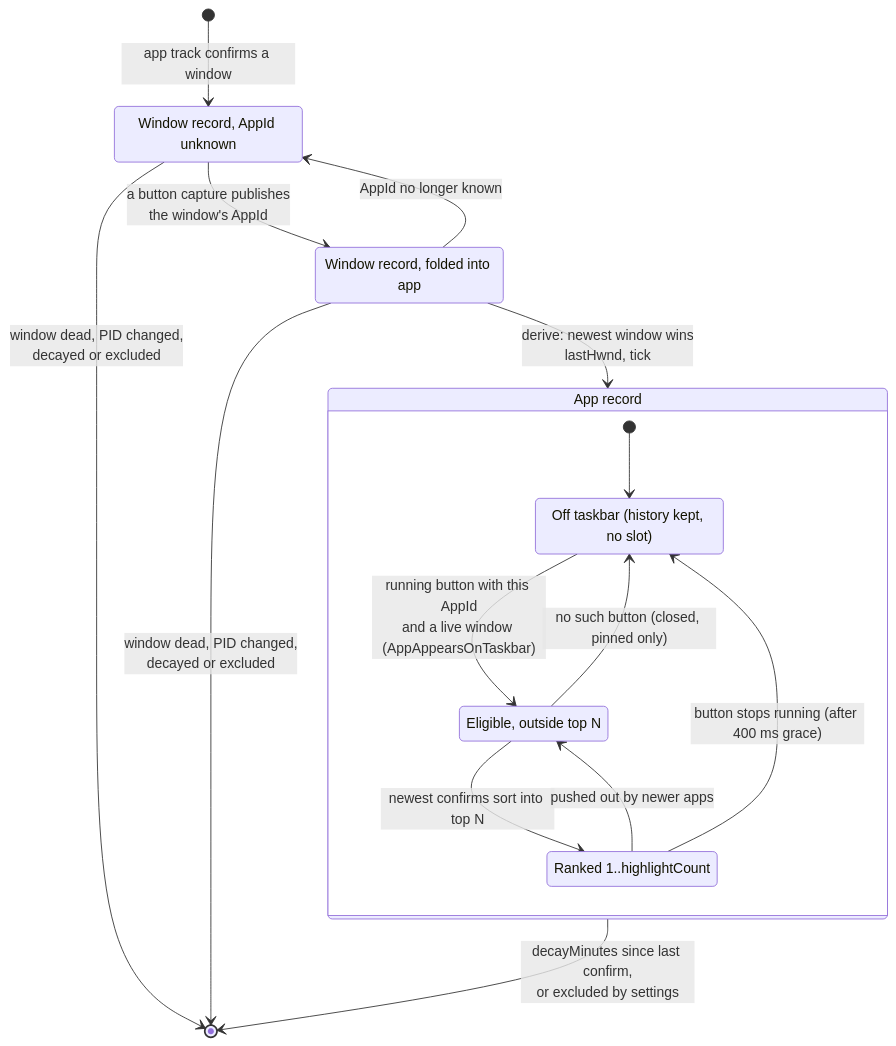
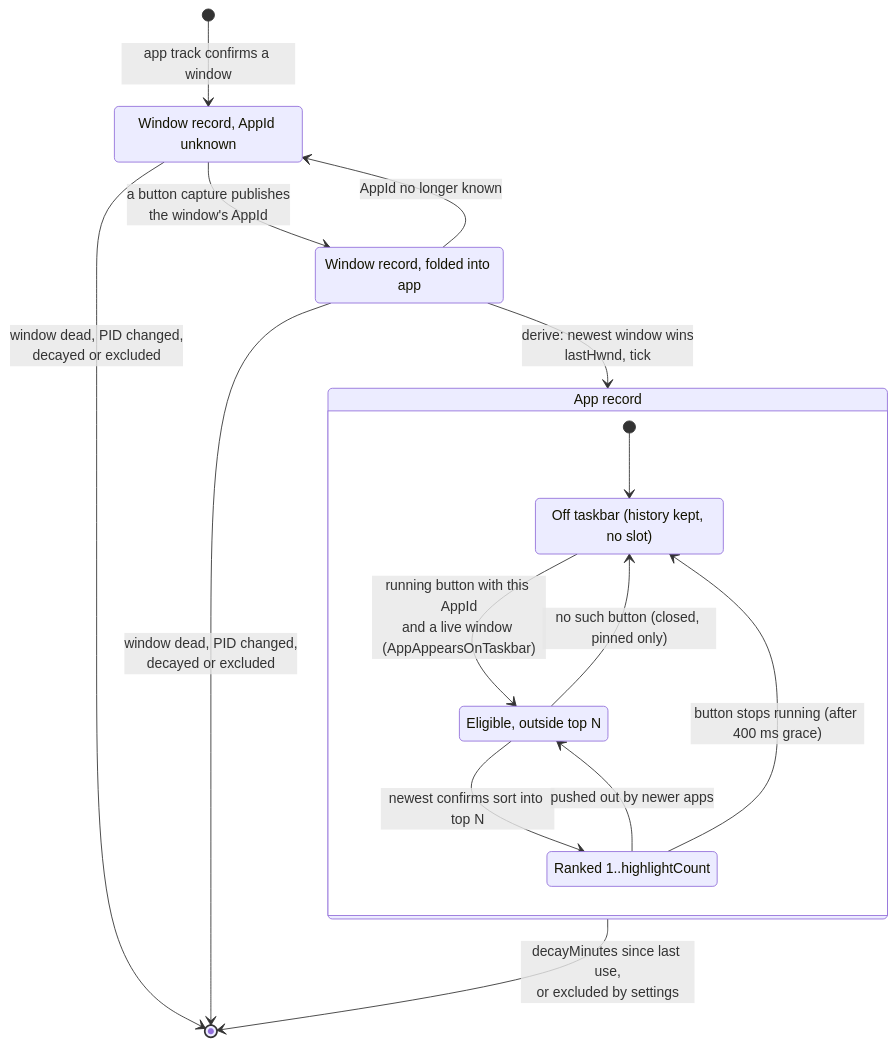
One commit to jvlasek/taskbar-recent-focus-highlight changed the fourth of 17 diagrams in doc/code/state-machines.md. Above: the diagram before and after it, drawn with Mermaid. The commit also changed other lines of this file and 7 other files, not shown here.

First line of the commit message:
0.12.1: decay counts from last use, not from the last switch

````diff
--- a/doc/code/state-machines.md
+++ b/doc/code/state-machines.md
@@ -197,24 +197,24 @@
 ```mermaid
 stateDiagram-v2
     direction TB
     state "Window record, AppId unknown" as WNoId
     state "Window record, folded into app" as WId
     state "App record" as App {
         state "Off taskbar (history kept, no slot)" as Hidden
         state "Eligible, outside top N" as Elig
         state "Ranked 1..highlightCount" as Ranked
         [*] --> Hidden
         Hidden --> Elig : running button with this AppId<br/>and a live window (AppAppearsOnTaskbar)
         Elig --> Hidden : no such button (closed, pinned only)
         Elig --> Ranked : newest confirms sort into top N
         Ranked --> Elig : pushed out by newer apps
         Ranked --> Hidden : button stops running (after 400 ms grace)
     }
     [*] --> WNoId : app track confirms a window
     WNoId --> WId : a button capture publishes<br/>the window's AppId
     WId --> WNoId : AppId no longer known
     WId --> App : derive: newest window wins<br/>lastHwnd, tick
     WNoId --> [*] : window dead, PID changed,<br/>decayed or excluded
     WId --> [*] : window dead, PID changed,<br/>decayed or excluded
-    App --> [*] : decayMinutes since last confirm,<br/>or excluded by settings
+    App --> [*] : decayMinutes since last use,<br/>or excluded by settings
 ```
````
